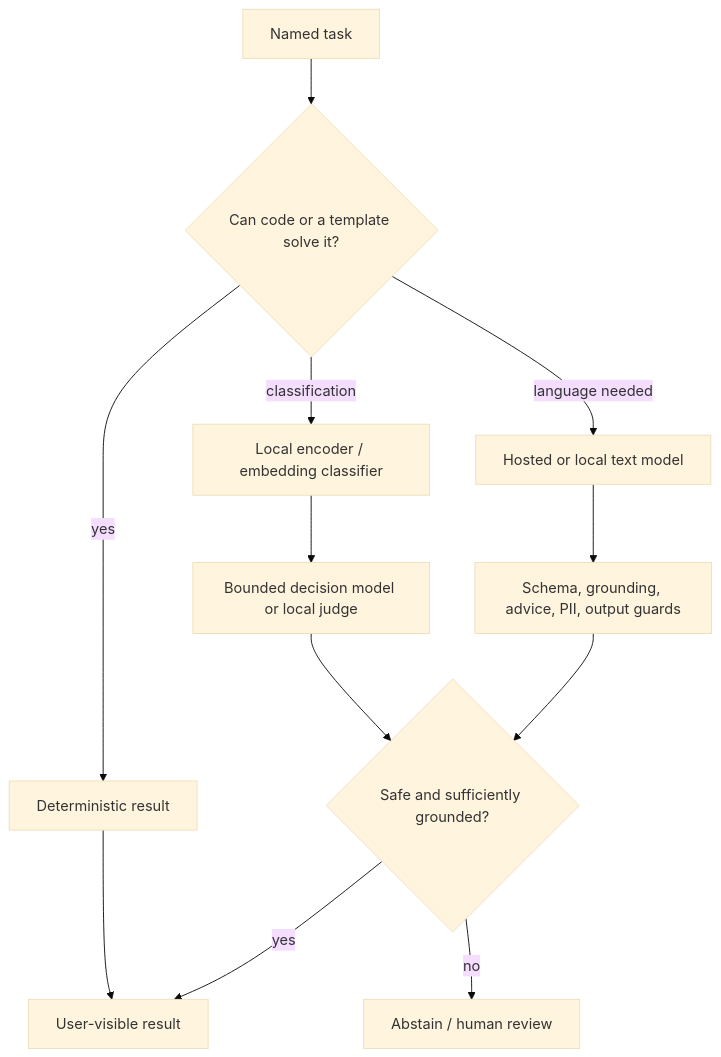
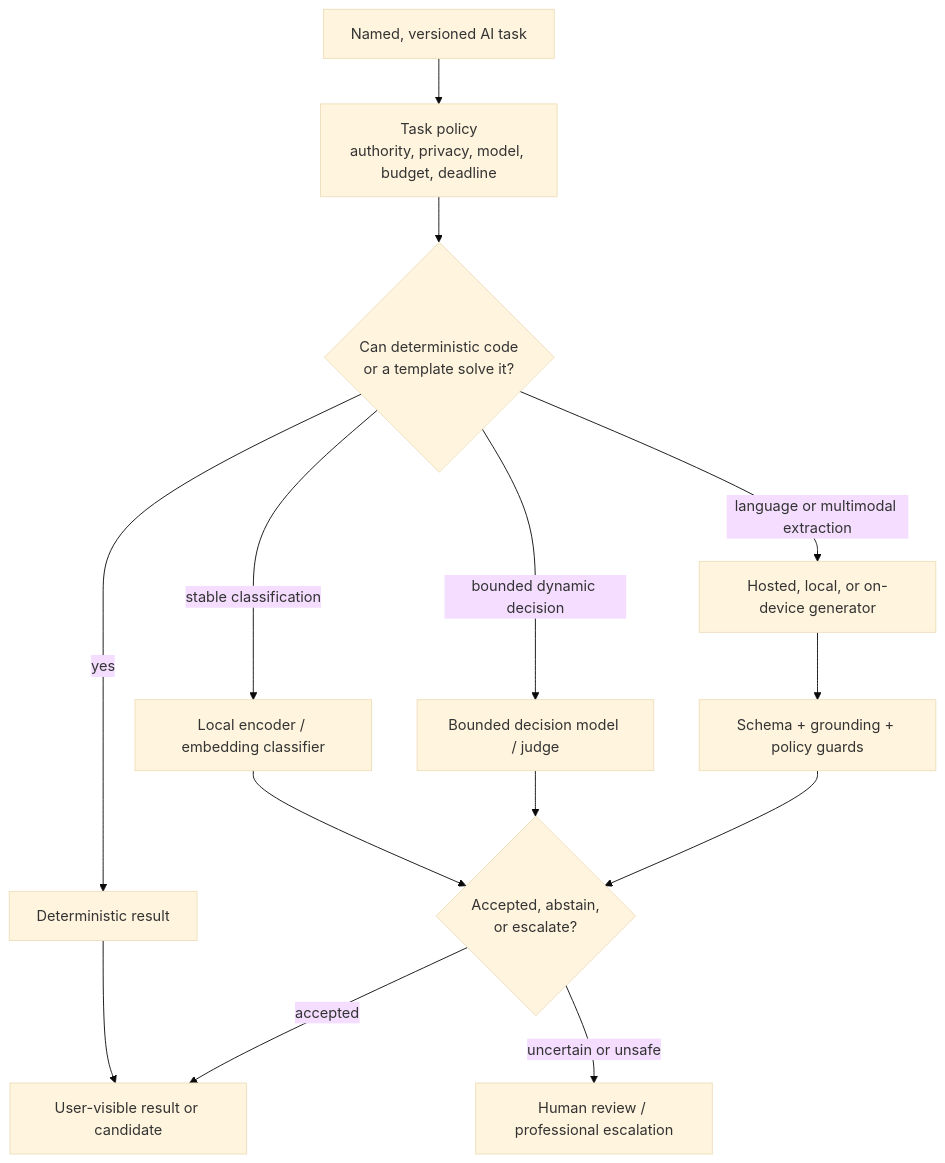
One commit to balureddy003/LifeKeel changed the tenth of 28 diagrams in ARCHITECTURE.md. Above: the diagram before and after it, drawn with Mermaid (base theme). The commit also changed other lines of this file and 7 other files, not shown here.

First line of the commit message:
docs: world-class architecture review, AI safety/privacy boundaries, and cost guidance

````diff
--- a/ARCHITECTURE.md
+++ b/ARCHITECTURE.md
@@ -497,22 +550,22 @@
 ```mermaid
 flowchart TB
-  Task[Named task]
-  Rules{Can code or a template solve it?}
+  Task[Named, versioned AI task]
+  Policy[Task policy\nauthority, privacy, model, budget, deadline]
+  Rules{Can deterministic code\nor a template solve it?}
   Deterministic[Deterministic result]
   Encoder[Local encoder / embedding classifier]
-  Decision[Bounded decision model or local judge]
-  Generator[Hosted or local text model]
-  Guard[Schema, grounding, advice, PII, output guards]
-  Review{Safe and sufficiently grounded?}
-  Result[User-visible result]
-  Human[Abstain / human review]
+  Decision[Bounded decision model / judge]
+  Generator[Hosted, local, or on-device generator]
+  Validate[Schema + grounding + policy guards]
+  Select{Accepted, abstain,\nor escalate?}
+  Result[User-visible result or candidate]
+  Human[Human review / professional escalation]
 
-  Task --> Rules
+  Task --> Policy --> Rules
   Rules -->|yes| Deterministic --> Result
-  Rules -->|classification| Encoder --> Decision
-  Rules -->|language needed| Generator
-  Decision --> Review
-  Generator --> Guard --> Review
-  Review -->|yes| Result
-  Review -->|no| Human
+  Rules -->|stable classification| Encoder --> Select
+  Rules -->|bounded dynamic decision| Decision --> Select
+  Rules -->|language or multimodal extraction| Generator --> Validate --> Select
+  Select -->|accepted| Result
+  Select -->|uncertain or unsafe| Human
 ```
````
